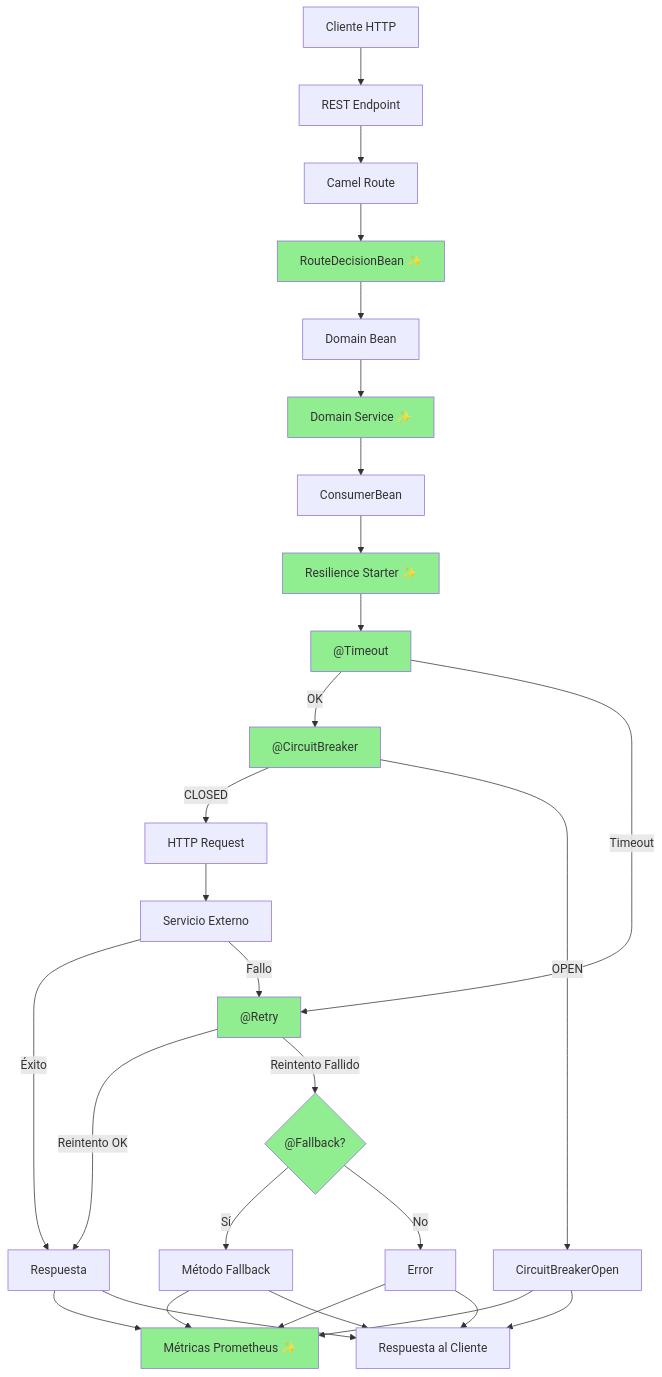
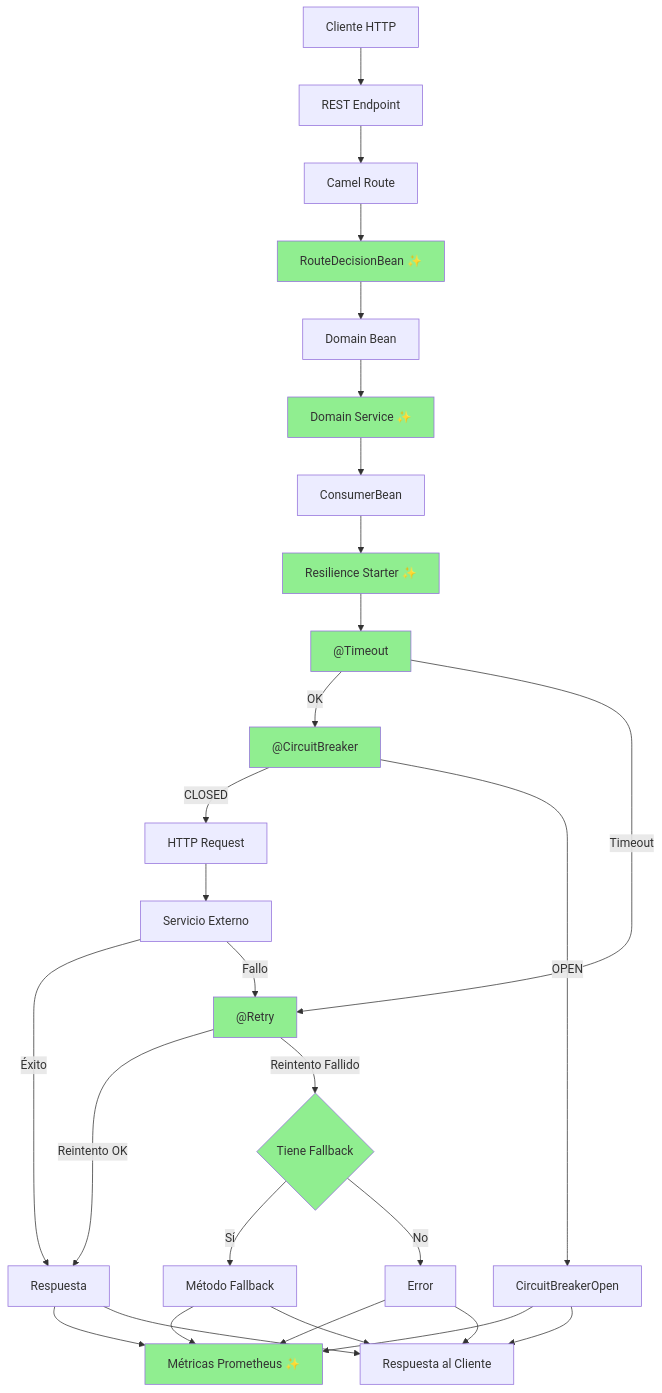
Diagram 27 of 27 in DIAGRAMAS_MERMAID_COMPARATIVOS.md (rrondinel/documents), drawn with Mermaid before and after one commit. The commit also changed other lines of this file, not shown here.

````diff
--- a/DIAGRAMAS_MERMAID_COMPARATIVOS.md
+++ b/DIAGRAMAS_MERMAID_COMPARATIVOS.md
@@ -970,46 +970,46 @@
 ```mermaid
 graph TD
     Start[Cliente HTTP] --> REST[REST Endpoint]
     REST --> Route[Camel Route]
     Route --> Decision[RouteDecisionBean ✨]
     Decision --> Bean[Domain Bean]
     Bean --> DomainSvc[Domain Service ✨]
     DomainSvc --> Consumer[ConsumerBean]
     Consumer --> Resilience[Resilience Starter ✨]
     
     Resilience --> Timeout["@Timeout"]
     Timeout -->|OK| CB["@CircuitBreaker"]
     Timeout -->|Timeout| Retry["@Retry"]
     
     CB -->|CLOSED| HTTP[HTTP Request]
     CB -->|OPEN| CBError[CircuitBreakerOpen]
     
     HTTP --> Ext[Servicio Externo]
     Ext -->|Éxito| Success[Respuesta]
     Ext -->|Fallo| Retry
     
     Retry -->|Reintento OK| Success
-    Retry -->|Reintento Fallido| Fallback{"@Fallback?"}
+    Retry -->|Reintento Fallido| Fallback{"Tiene Fallback"}
     
     Fallback -->|Sí| FallbackMethod[Método Fallback]
     Fallback -->|No| Error[Error]
     
     Success --> Metrics[Métricas Prometheus ✨]
     CBError --> Metrics
     Error --> Metrics
     FallbackMethod --> Metrics
     
     Success --> Response[Respuesta al Cliente]
     CBError --> Response
     Error --> Response
     FallbackMethod --> Response
     
     style Resilience fill:#90EE90
     style Timeout fill:#90EE90
     style CB fill:#90EE90
     style Retry fill:#90EE90
     style Fallback fill:#90EE90
     style Metrics fill:#90EE90
     style Decision fill:#90EE90
     style DomainSvc fill:#90EE90
 ```
````
